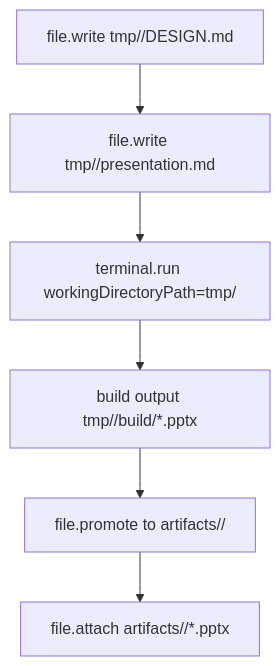
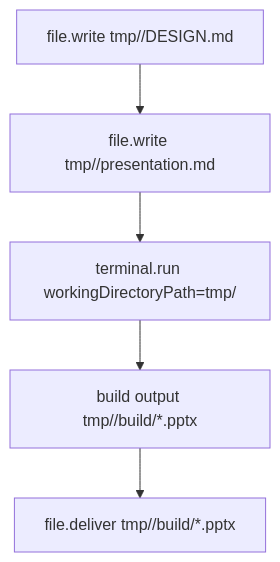
One commit to yeomyeonggeori/internkim changed the second of 3 diagrams in docs/architecture.md. Above: the diagram before and after it, drawn with Mermaid. The commit also changed other lines of this file and 5 other files, not shown here.

````diff
--- a/docs/architecture.md
+++ b/docs/architecture.md
@@ -139,8 +139,7 @@
 ```mermaid
 flowchart TD
   A["file.write tmp/<slug>/DESIGN.md"] --> B["file.write tmp/<slug>/presentation.md"]
   B --> C["terminal.run workingDirectoryPath=tmp/<slug>"]
   C --> D["build output tmp/<slug>/build/*.pptx"]
-  D --> E["file.promote to artifacts/<slug>/"]
-  E --> F["file.attach artifacts/<slug>/*.pptx"]
+  D --> E["file.deliver tmp/<slug>/build/*.pptx"]
 ```
````
